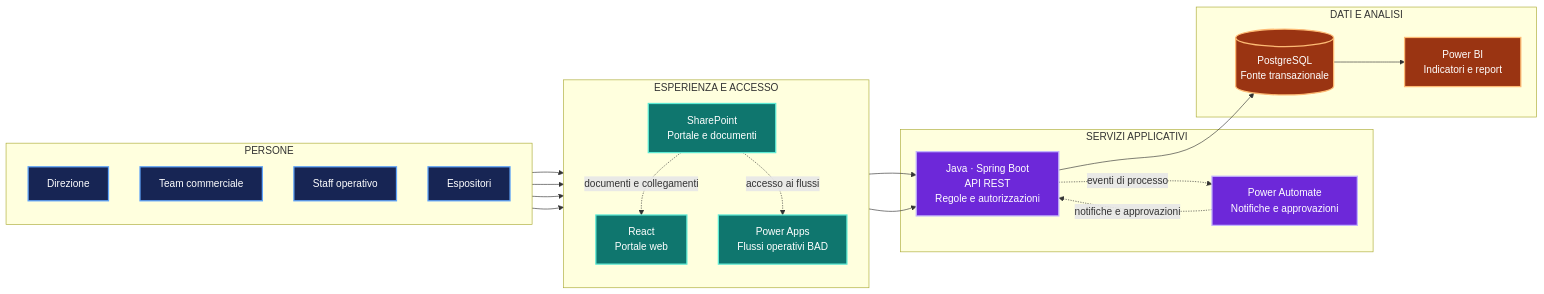
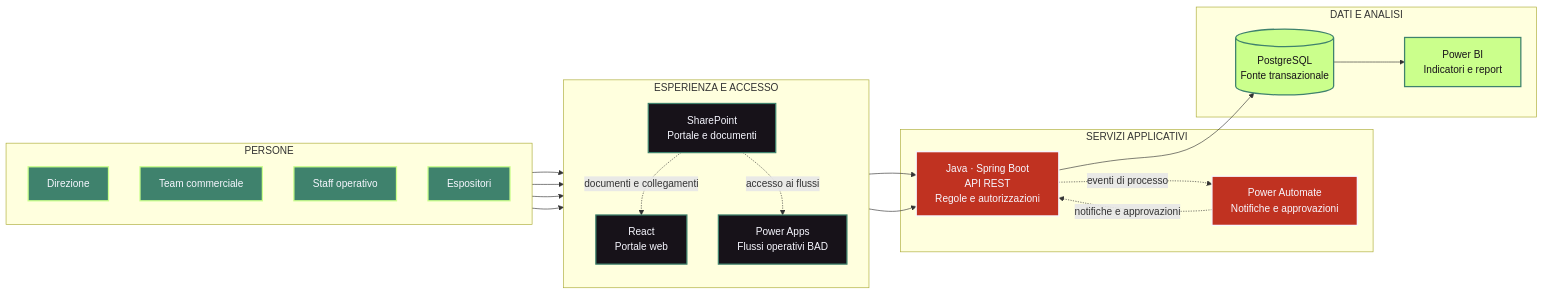
The first of 3 diagrams in README.md (stand-up-arcade-milan/Standup-platform), drawn with Mermaid before and after one commit. The commit also changed other lines of this file and 1 other file, not shown here.

````diff
--- a/README.md
+++ b/README.md
@@ -47,50 +47,50 @@
 ```mermaid
 flowchart LR
     subgraph persone["PERSONE"]
         direction TB
         DIR["Direzione"]
         COM["Team commerciale"]
         STA["Staff operativo"]
         ESP["Espositori"]
     end
 
     subgraph accesso["ESPERIENZA E ACCESSO"]
         direction TB
         SP["SharePoint<br/>Portale e documenti"]
         WEB["React<br/>Portale web"]
         PA["Power Apps<br/>Flussi operativi BAD"]
     end
 
     subgraph servizi["SERVIZI APPLICATIVI"]
         API["Java · Spring Boot<br/>API REST<br/>Regole e autorizzazioni"]
         AUTO["Power Automate<br/>Notifiche e approvazioni"]
     end
 
     subgraph dati["DATI E ANALISI"]
         DB[("PostgreSQL<br/>Fonte transazionale")]
         BI["Power BI<br/>Indicatori e report"]
     end
 
     DIR --> SP
     COM --> WEB
     STA --> PA
     ESP --> WEB
     SP -. "documenti e collegamenti" .-> WEB
     SP -. "accesso ai flussi" .-> PA
     WEB --> API
     PA --> API
     API --> DB
     DB --> BI
     API -. "eventi di processo" .-> AUTO
     AUTO -. "notifiche e approvazioni" .-> API
 
-    classDef people fill:#172554,color:#ffffff,stroke:#60a5fa,stroke-width:2px
-    classDef experience fill:#0f766e,color:#ffffff,stroke:#5eead4,stroke-width:2px
-    classDef service fill:#6d28d9,color:#ffffff,stroke:#c4b5fd,stroke-width:2px
-    classDef data fill:#9a3412,color:#ffffff,stroke:#fdba74,stroke-width:2px
+    classDef people fill:#3f826d,color:#f7f7ff,stroke:#cbff8c,stroke-width:2px
+    classDef experience fill:#171219,color:#f7f7ff,stroke:#3f826d,stroke-width:2px
+    classDef service fill:#c03221,color:#f7f7ff,stroke:#f7f7ff,stroke-width:2px
+    classDef data fill:#cbff8c,color:#171219,stroke:#3f826d,stroke-width:2px
 
     class DIR,COM,STA,ESP people
     class SP,WEB,PA experience
     class API,AUTO service
     class DB,BI data
 ```
````
